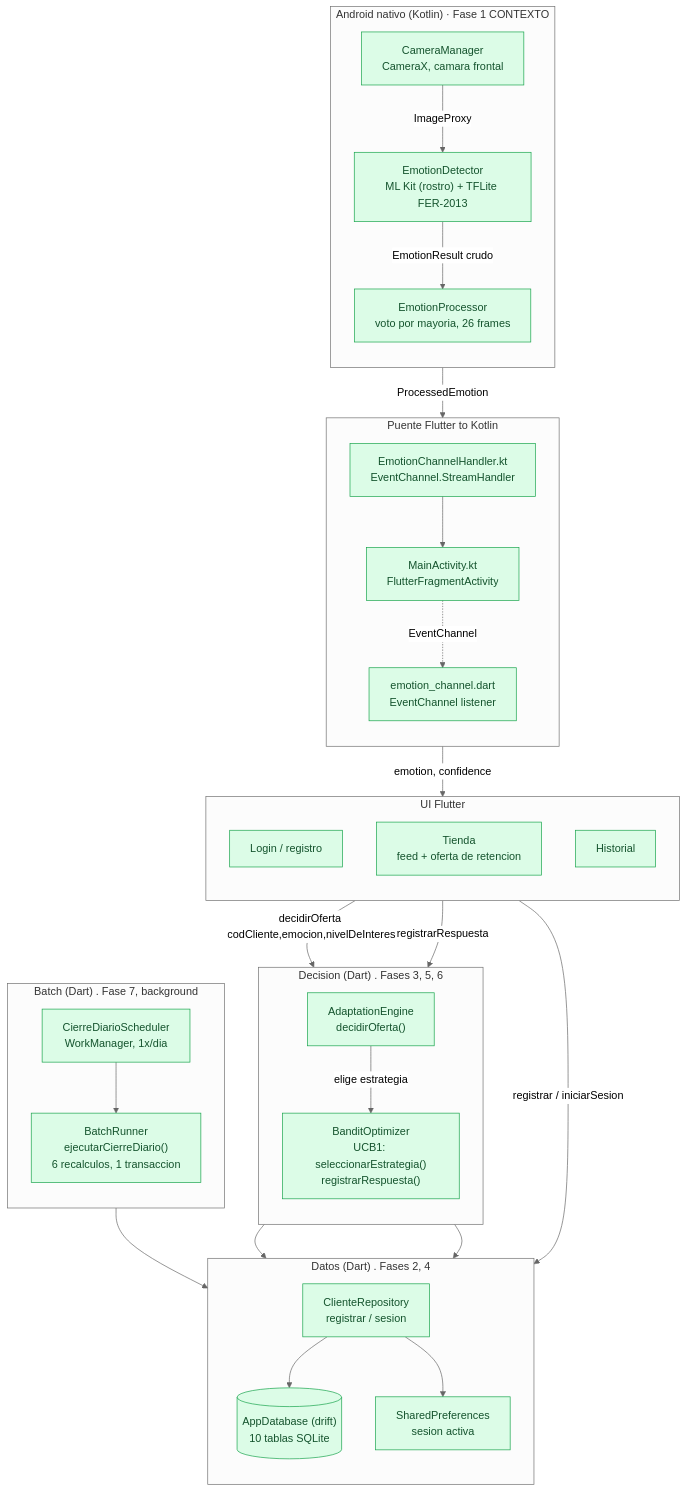
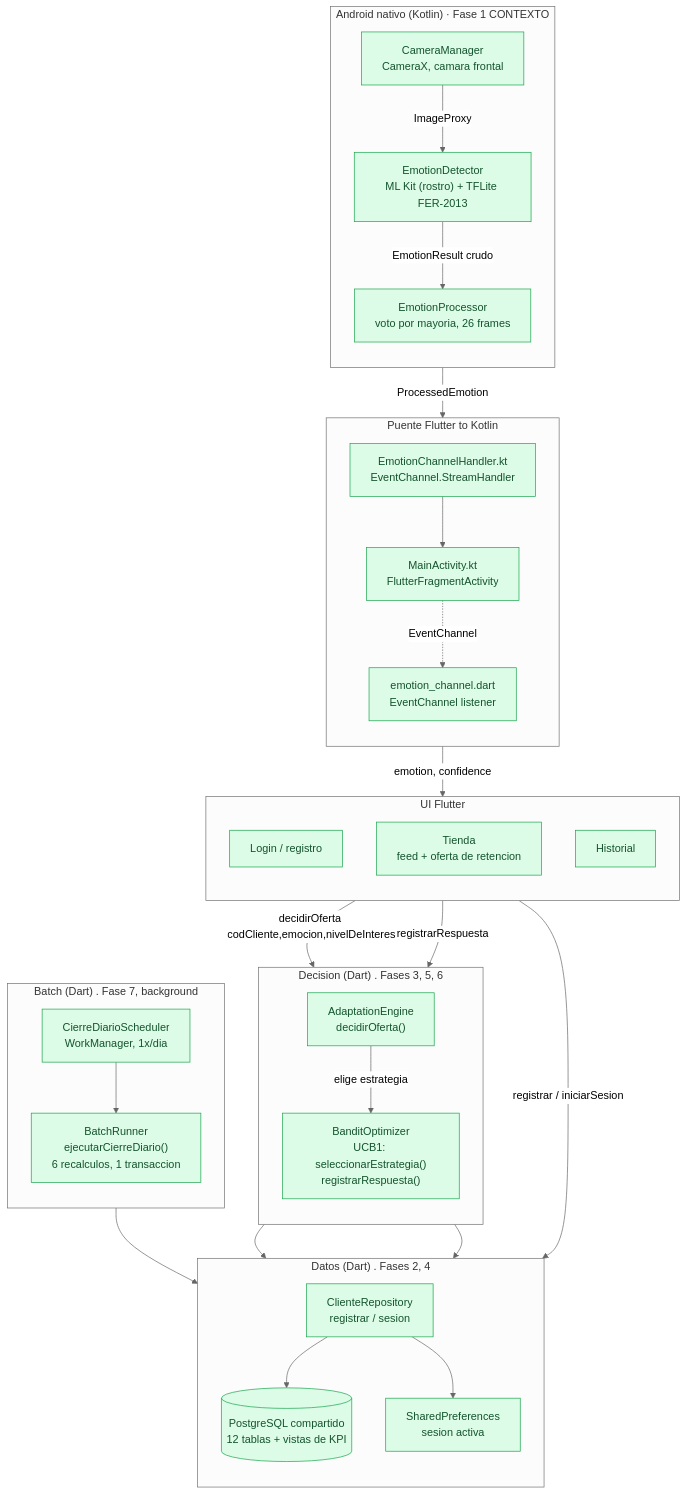
The first of 2 diagrams in docs/ARQUITECTURA.md (StevenCadilloS/Sistema-Inteligente-Ventas), drawn with Mermaid (neutral theme) before and after one commit. The commit also changed other lines of this file and 8 other files, not shown here.

````diff
--- a/docs/ARQUITECTURA.md
+++ b/docs/ARQUITECTURA.md
@@ -15,65 +18,65 @@
 ```mermaid
 flowchart TB
     subgraph NATIVO["Android nativo (Kotlin) · Fase 1 CONTEXTO"]
         direction TB
         CAM["CameraManager<br/>CameraX, camara frontal"]
         DET["EmotionDetector<br/>ML Kit (rostro) + TFLite FER-2013"]
         PROC["EmotionProcessor<br/>voto por mayoria, 26 frames"]
         CAM -->|ImageProxy| DET
         DET -->|EmotionResult crudo| PROC
     end
 
     subgraph BRIDGE["Puente Flutter to Kotlin"]
         direction TB
         HANDLER["EmotionChannelHandler.kt<br/>EventChannel.StreamHandler"]
         MAINACT["MainActivity.kt<br/>FlutterFragmentActivity"]
         CHANNEL["emotion_channel.dart<br/>EventChannel listener"]
     end
 
     subgraph UI["UI Flutter"]
         direction TB
         LOGIN["Login / registro"]
         HOME["Tienda<br/>feed + oferta de retencion"]
         HIST["Historial"]
     end
 
     subgraph DECISION["Decision (Dart) . Fases 3, 5, 6"]
         direction TB
         AE["AdaptationEngine<br/>decidirOferta()"]
         BANDIT["BanditOptimizer<br/>UCB1: seleccionarEstrategia()<br/>registrarRespuesta()"]
         AE -->|elige estrategia| BANDIT
     end
 
     subgraph DATOS["Datos (Dart) . Fases 2, 4"]
         direction TB
         REPO["ClienteRepository<br/>registrar / sesion"]
-        DB[("AppDatabase (drift)<br/>10 tablas SQLite")]
+        DB[("PostgreSQL compartido<br/>12 tablas + vistas de KPI")]
         PREFS["SharedPreferences<br/>sesion activa"]
         REPO --> DB
         REPO --> PREFS
     end
 
     subgraph BATCH["Batch (Dart) . Fase 7, background"]
         direction TB
         SCHED["CierreDiarioScheduler<br/>WorkManager, 1x/dia"]
         RUNNER["BatchRunner<br/>ejecutarCierreDiario()<br/>6 recalculos, 1 transaccion"]
         SCHED --> RUNNER
     end
 
     PROC -->|ProcessedEmotion| HANDLER
     HANDLER --> MAINACT
     MAINACT -.EventChannel.-> CHANNEL
     CHANNEL -->|emotion, confidence| HOME
     LOGIN -->|registrar / iniciarSesion| REPO
     HOME -->|decidirOferta codCliente,emocion,nivelDeInteres| AE
     HOME -->|registrarRespuesta| BANDIT
     AE --> DB
     BANDIT --> DB
     RUNNER --> DB
 
     classDef implemented fill:#dcfce7,stroke:#16a34a,color:#14532d;
     classDef pending fill:#f1f5f9,stroke:#94a3b8,color:#475569,stroke-dasharray: 4 3;
 
     class CAM,DET,PROC,AE,BANDIT,REPO,DB,PREFS,SCHED,RUNNER implemented;
     class HANDLER,MAINACT,CHANNEL,LOGIN,HOME,HIST implemented;
 ```
````
